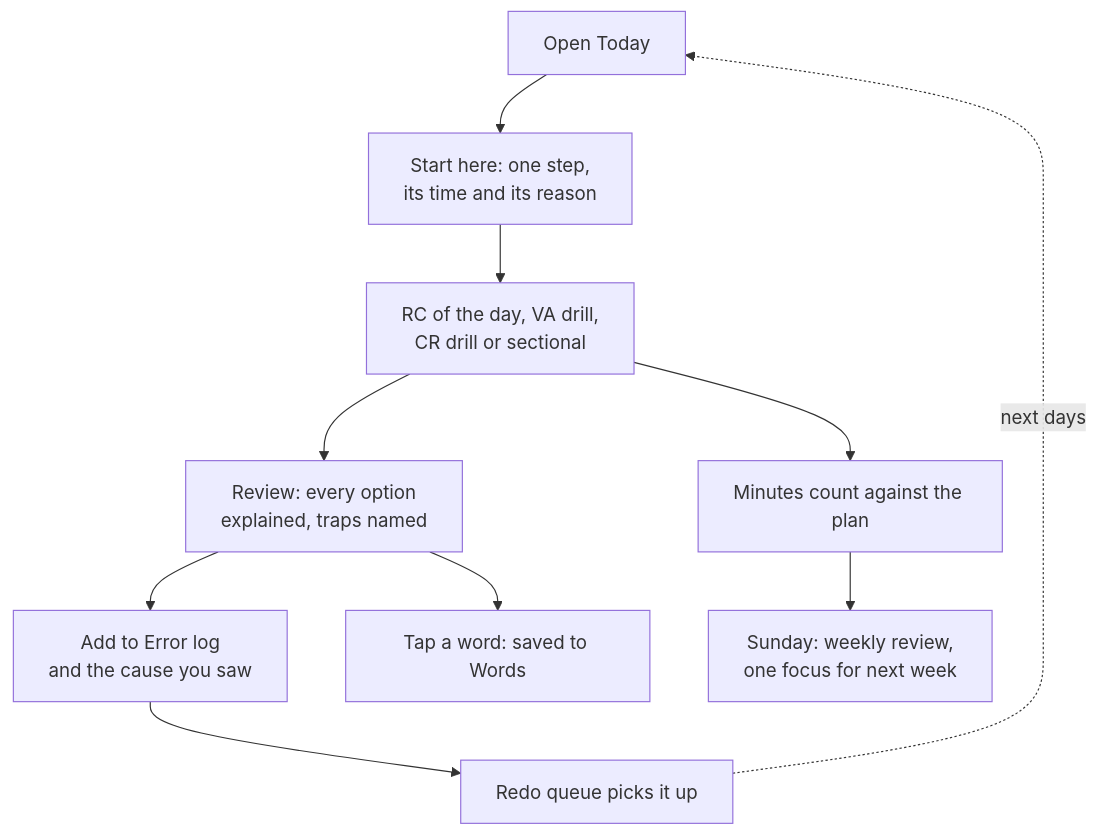
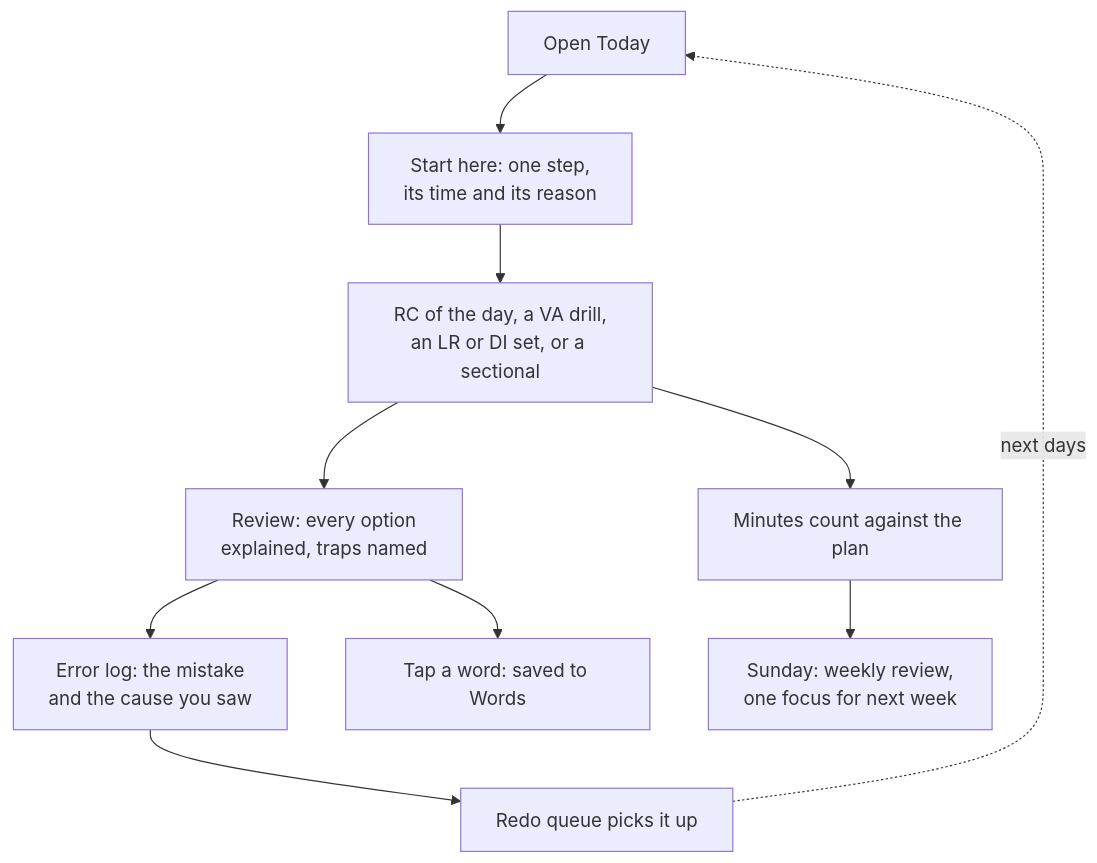
Before and after one commit to japp47/CAT-Prep: the second of 4 diagrams in README.md, drawn with Mermaid. The commit also changed other lines of this file, not shown here.

````diff
--- a/README.md
+++ b/README.md
@@ -47,12 +50,12 @@
 ```mermaid
 flowchart TD
     T[Open Today] --> S["Start here: one step,<br/>its time and its reason"]
-    S --> P[RC of the day, VA drill,<br/>CR drill or sectional]
+    S --> P[RC of the day, a VA drill,<br/>an LR or DI set, or a sectional]
     P --> R[Review: every option<br/>explained, traps named]
-    R --> L[Add to Error log<br/>and the cause you saw]
+    R --> L[Error log: the mistake<br/>and the cause you saw]
     L --> Q[Redo queue picks it up]
     R --> W[Tap a word: saved to Words]
     P --> M[Minutes count against the plan]
     Q -. next days .-> T
     M --> WR[Sunday: weekly review,<br/>one focus for next week]
 ```
````
